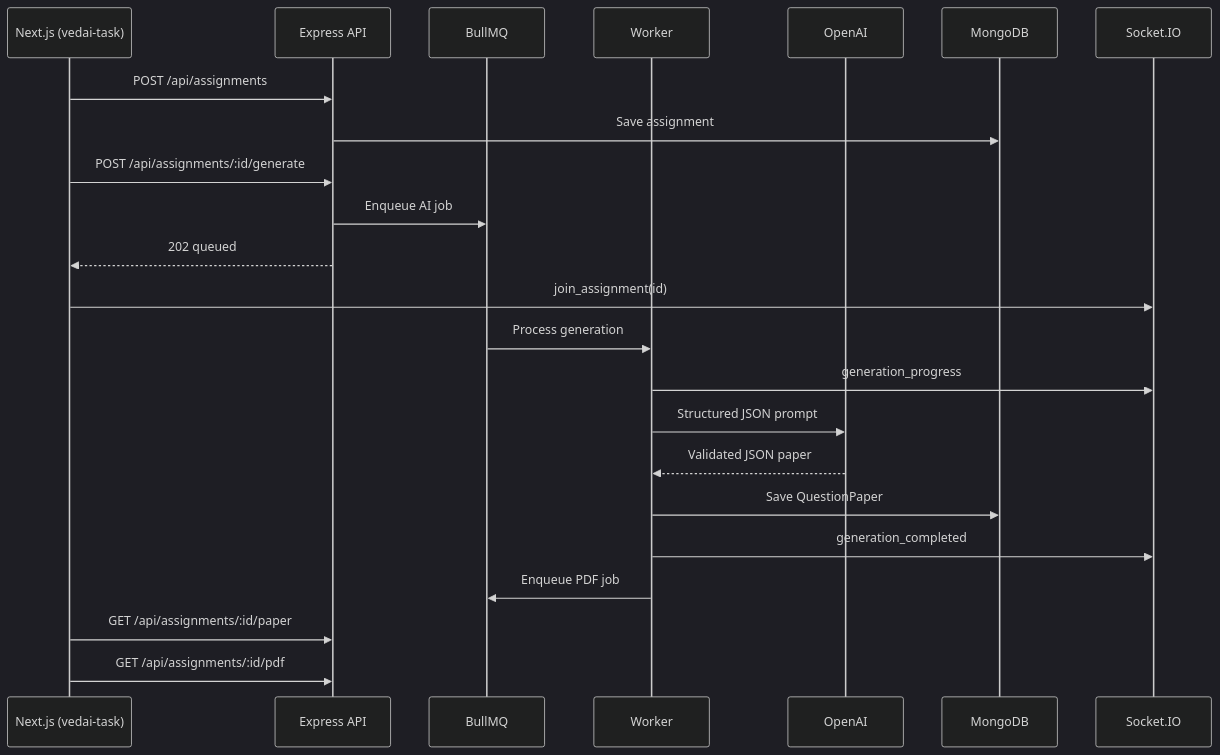
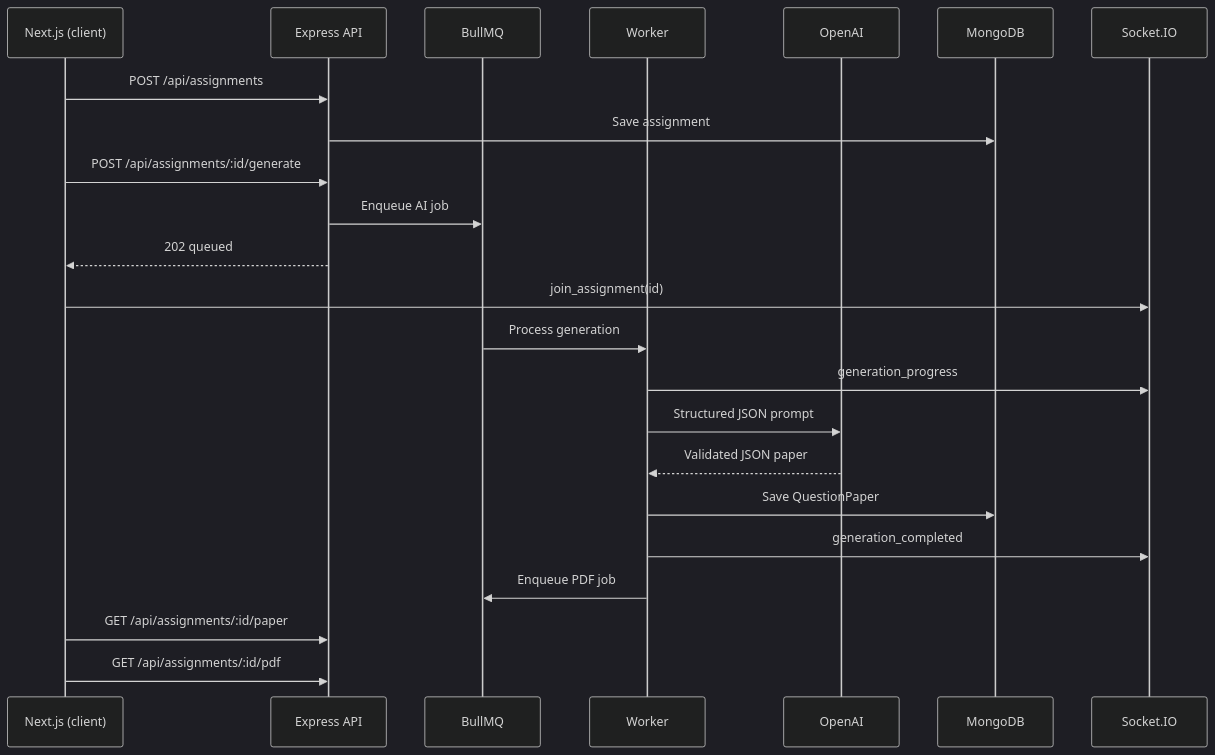
One commit to KavyaKapoor420/ai-assignment-generator-Nextjs-typescript changed the first of 2 diagrams in README.md. Above: the diagram before and after it, drawn with Mermaid (dark theme). The commit also changed other lines of this file and 10 other files, not shown here.

````diff
--- a/README.md
+++ b/README.md
@@ -51,26 +70,26 @@
 ```mermaid
 sequenceDiagram
-  participant UI as Next.js (vedai-task)
+  participant UI as Next.js (client)
   participant API as Express API
   participant Q as BullMQ
   participant W as Worker
   participant AI as OpenAI
   participant DB as MongoDB
   participant WS as Socket.IO
 
   UI->>API: POST /api/assignments
   API->>DB: Save assignment
   UI->>API: POST /api/assignments/:id/generate
   API->>Q: Enqueue AI job
   API-->>UI: 202 queued
   UI->>WS: join_assignment(id)
   Q->>W: Process generation
   W->>WS: generation_progress
   W->>AI: Structured JSON prompt
   AI-->>W: Validated JSON paper
   W->>DB: Save QuestionPaper
   W->>WS: generation_completed
   W->>Q: Enqueue PDF job
   UI->>API: GET /api/assignments/:id/paper
   UI->>API: GET /api/assignments/:id/pdf
 ```
````
